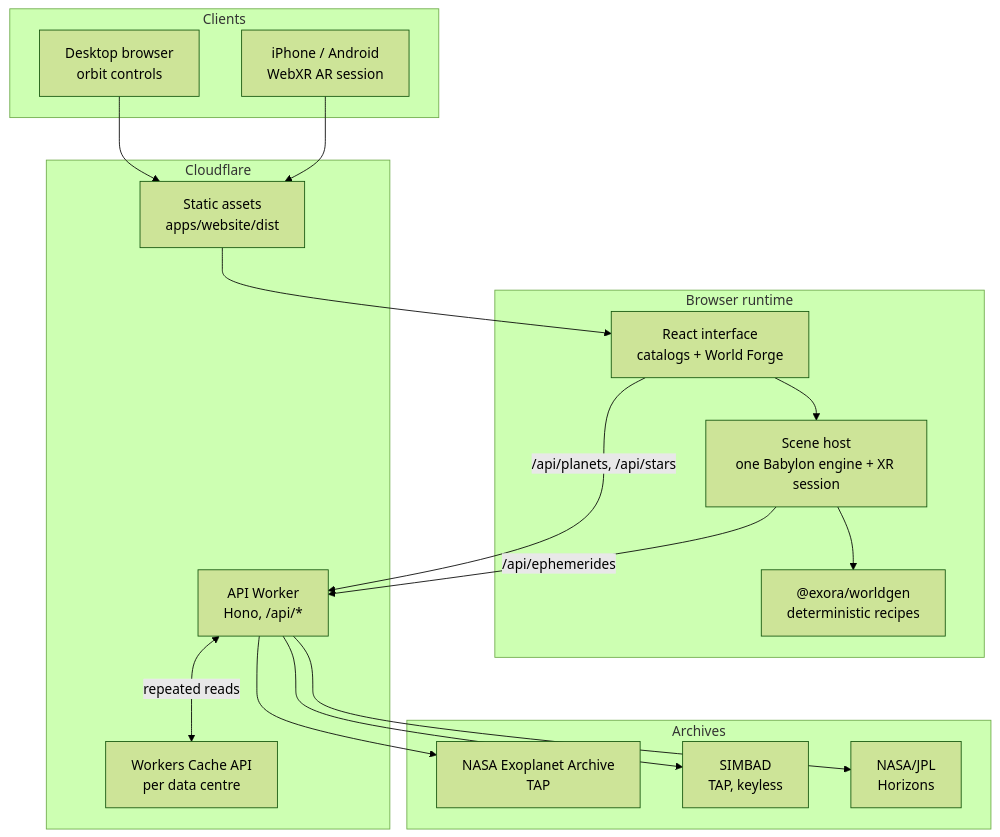
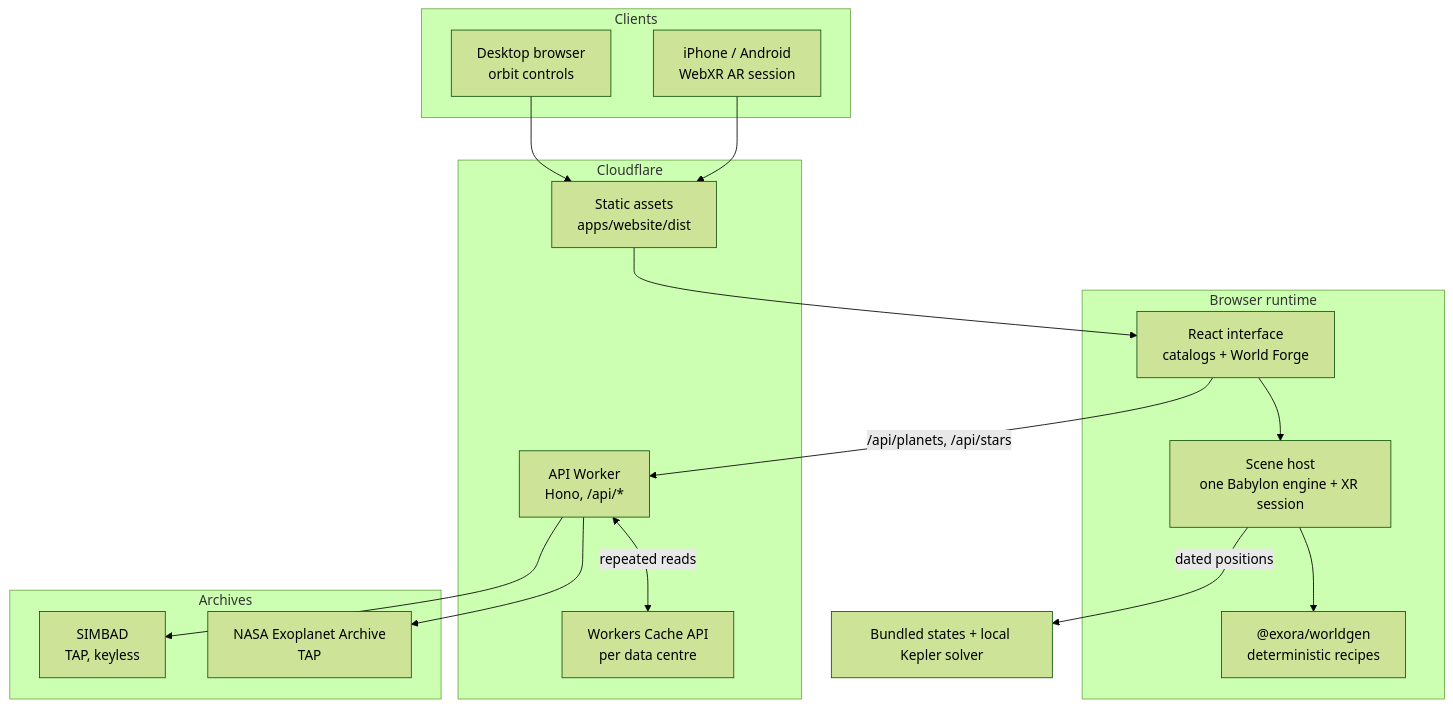
The diagram in README.md (voltcrash/exora), drawn with Mermaid (forest theme) before and after one commit. The commit also changed other lines of this file, not shown here.

Commit message:
docs: describe local solar positions in the architecture

````diff
--- a/README.md
+++ b/README.md
@@ -200,39 +200,37 @@
 ```mermaid
 flowchart TB
     subgraph Clients
         Desktop["Desktop browser<br/>orbit controls"]
         Phone["iPhone / Android<br/>WebXR AR session"]
     end
 
     subgraph Browser["Browser runtime"]
         UI["React interface<br/>catalogs + World Forge"]
         Host["Scene host<br/>one Babylon engine + XR session"]
         Worldgen["@exora/worldgen<br/>deterministic recipes"]
     end
 
     subgraph Cloudflare["Cloudflare"]
         Static["Static assets<br/>apps/website/dist"]
         Fn["API Worker<br/>Hono, /api/*"]
         Edge["Workers Cache API<br/>per data centre"]
     end
 
     subgraph Archives["Archives"]
         NASA["NASA Exoplanet Archive<br/>TAP"]
         SIMBAD["SIMBAD<br/>TAP, keyless"]
-        JPL["NASA/JPL<br/>Horizons"]
     end
 
     Desktop --> Static
     Phone --> Static
     Static --> UI
     UI --> Host
     Host --> Worldgen
 
     UI -->|/api/planets, /api/stars| Fn
-    Host -->|/api/ephemerides| Fn
+    Host -->|dated positions| Orbits["Bundled states + local Kepler solver"]
     Fn <-->|repeated reads| Edge
 
     Fn --> NASA
     Fn --> SIMBAD
-    Fn --> JPL
 ```
````
